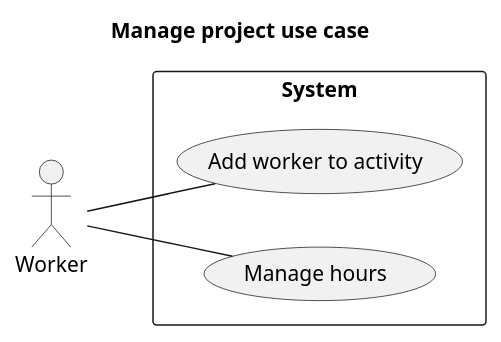
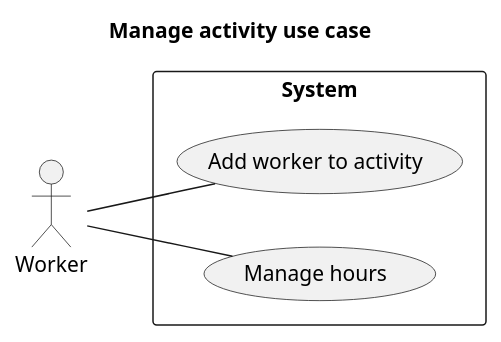
The diagram in usecases/worker_use_case.md (Shuhab-Siddigi/Software-Engineering), drawn with PlantUML before and after one commit.

Commit message:
lavet use cases for worker, project leader og software huset

````diff
--- a/usecases/worker_use_case.md
+++ b/usecases/worker_use_case.md
@@ -3,31 +3,31 @@
 ```plantuml
 @startuml
 left to right direction
-title Manage project use case
+title Manage activity use case
 actor "Worker" as wo
 
 
 rectangle System {
   usecase "Add worker to activity" as UC1
   'usecase "Change start date" as UC2
   'usecase "Create activity" as UC3
   'usecase "Remove activity" as UC4
   'usecase "Remove worker from activity" as UC5
   'usecase "Assign leader to project" as UC6
   'usecase "Create project" as UC7
   'usecase "Manage project" as UC8
   'usecase "Remove project" as UC9
   'usecase "Generate report" as UC10 
   'usecase "Take Project" as UC11
   usecase "Manage hours" as UC12
 
 
   
 wo -- UC1
 wo -- UC12
 
 }
 
 
 @enduml
 ```
````
